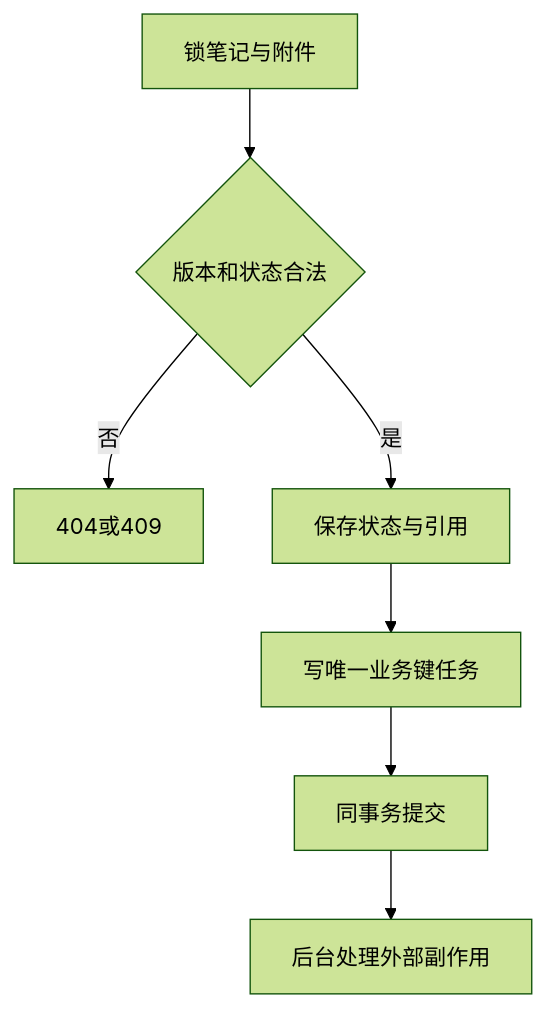
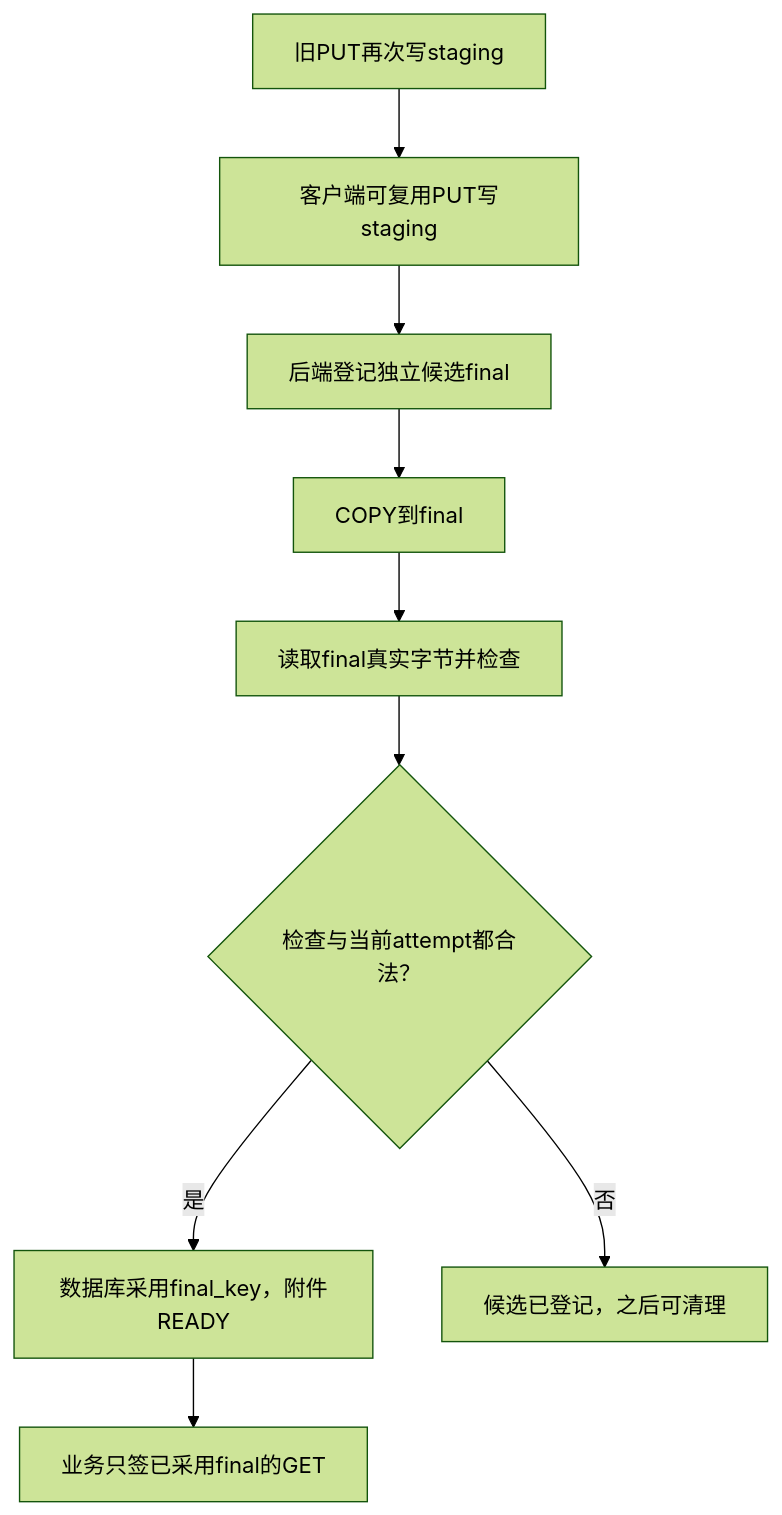
One commit to SyH-101/citypass-platform changed the second of 6 diagrams in 03-活动笔记发布与文件管理.md. Above: the diagram before and after it, drawn with Mermaid (forest theme). The commit also changed other lines of this file, not shown here.

Commit message:
docs: explain story and file resume clauses with lifecycle diagrams and 15 interview questions

````diff
--- a/03-活动笔记发布与文件管理.md
+++ b/03-活动笔记发布与文件管理.md
@@ -358,9 +276,11 @@
 ```mermaid
 flowchart TD
-    A[锁笔记与附件] --> B{版本和状态合法}
-    B -->|否| C[404或409]
-    B -->|是| D[保存状态与引用]
-    D --> E[写唯一业务键任务]
-    E --> F[同事务提交]
-    F --> G[后台处理外部副作用]
+    A["客户端可复用PUT写staging"] --> B["后端登记独立候选final"]
+    B --> C["COPY到final"]
+    C --> D["读取final真实字节并检查"]
+    D --> E{"检查与当前attempt都合法？"}
+    E -->|是| F["数据库采用final_key，附件READY"]
+    E -->|否| G["候选已登记，之后可清理"]
+    H["旧PUT再次写staging"] --> A
+    F --> I["业务只签已采用final的GET"]
 ```
````
